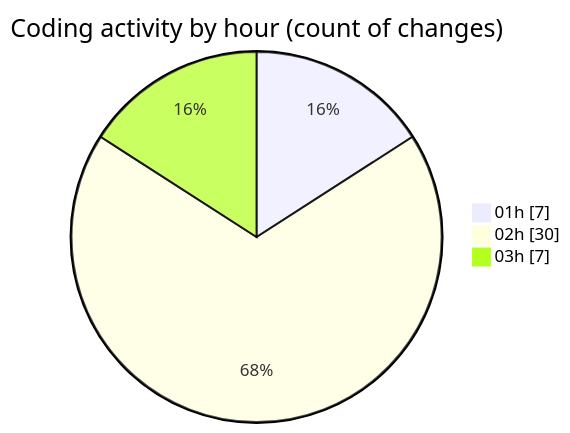
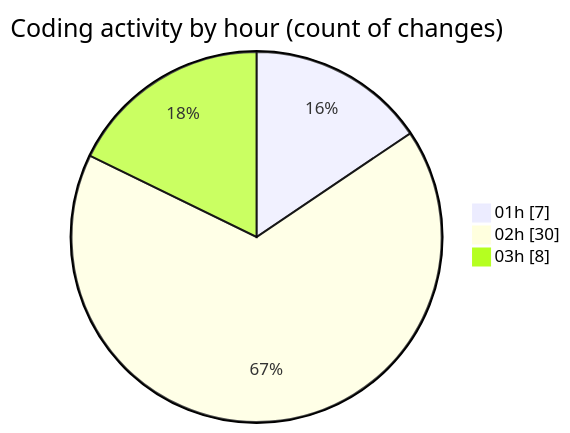
The second of 2 diagrams in 2025-01-24/projects/README.md (Ritupan-Deka/code-tracking), drawn with Mermaid before and after one commit. The commit also changed other lines of this file and 1 other file, not shown here.

````diff
--- a/2025-01-24/projects/README.md
+++ b/2025-01-24/projects/README.md
@@ -39,7 +39,7 @@
 ```mermaid
 pie showData
 title Coding activity by hour (count of changes)
 "01h" : 7
 "02h" : 30
-"03h" : 7
+"03h" : 8
 ```
````
